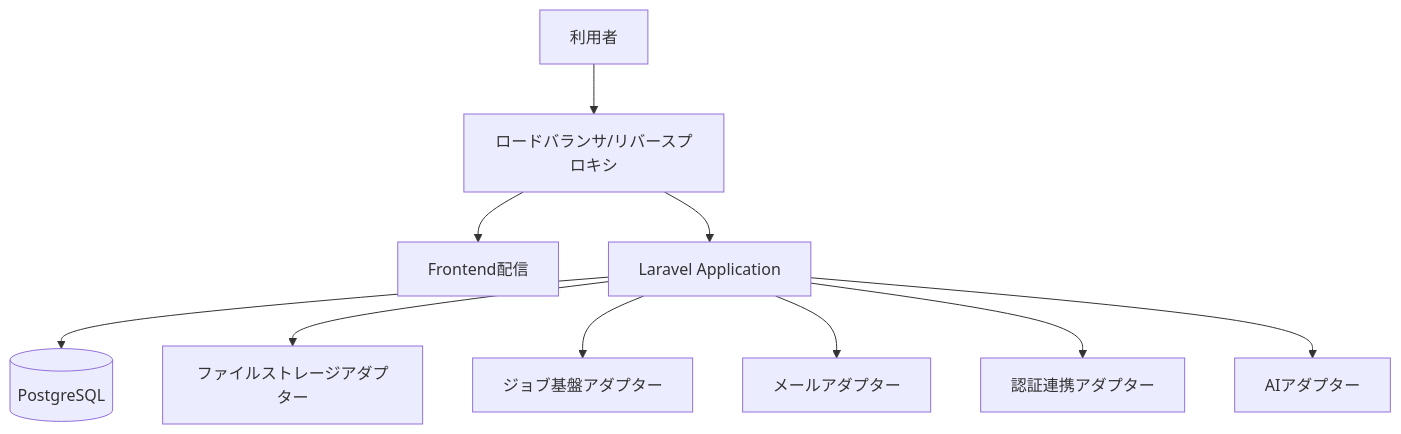
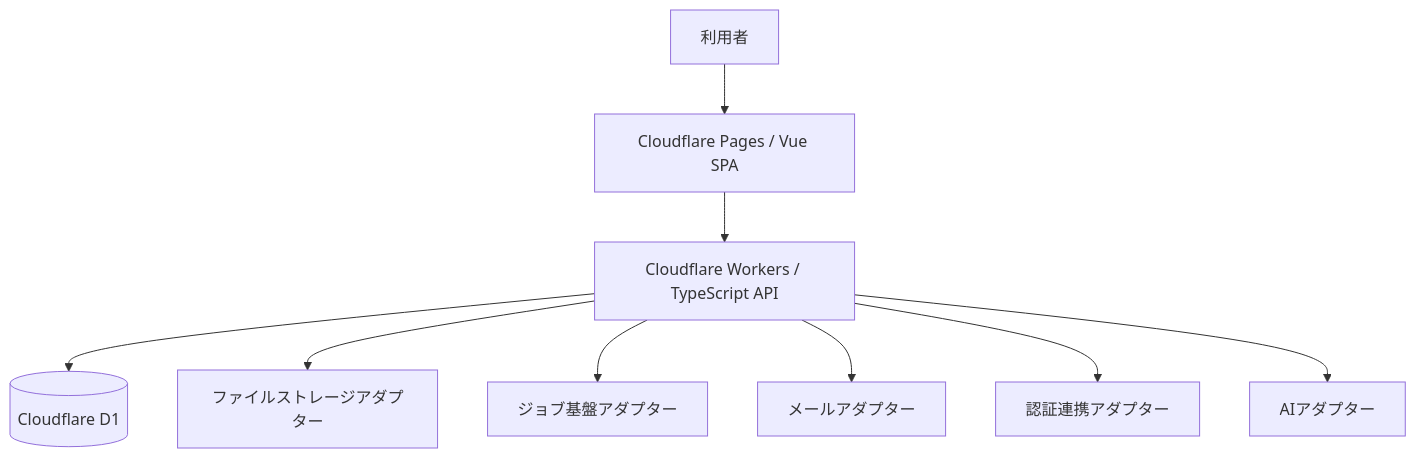
Before and after one commit to ichiro0522/OrgFlow: the diagram in docs/basic-design/12-deployment.md, drawn with Mermaid. The commit also changed other lines of this file and 6 other files, not shown here.

````diff
--- a/docs/basic-design/12-deployment.md
+++ b/docs/basic-design/12-deployment.md
@@ -14,12 +14,11 @@
 ```mermaid
 flowchart TB
-  Users[利用者] --> LB[ロードバランサ/リバースプロキシ]
-  LB --> Web[Frontend配信]
-  LB --> API[Laravel Application]
-  API --> DB[(PostgreSQL)]
+  Users[利用者] --> Web[Cloudflare Pages / Vue SPA]
+  Web --> API[Cloudflare Workers / TypeScript API]
+  API --> DB[(Cloudflare D1)]
   API --> Storage[ファイルストレージアダプター]
   API --> Queue[ジョブ基盤アダプター]
   API --> Mail[メールアダプター]
   API --> Auth[認証連携アダプター]
   API --> AI[AIアダプター]
 ```
````
